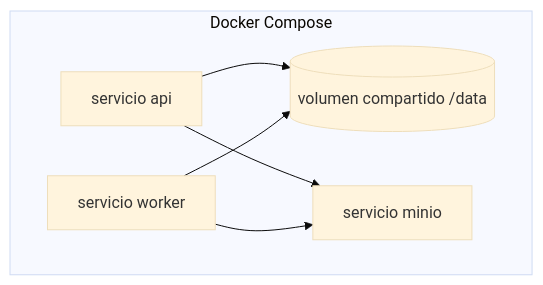
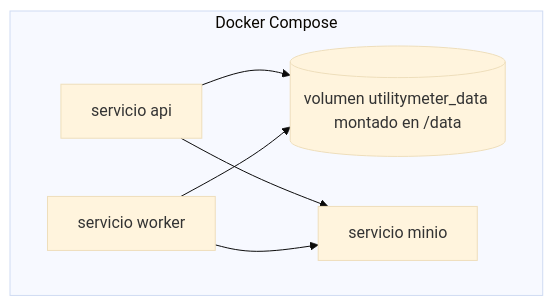
The fifth of 5 diagrams in docs/es/architecture.md (cbinput/UtilityMeter), drawn with Mermaid (base theme) before and after one commit. The commit also changed other lines of this file and 1 other file, not shown here.

Commit message:
docs: align local deployment diagrams

````diff
--- a/docs/es/architecture.md
+++ b/docs/es/architecture.md
@@ -136,14 +136,14 @@
 ```mermaid
 flowchart TB
     subgraph DockerCompose[Docker Compose]
         API[servicio api]
         Worker[servicio worker]
         MinIO[servicio minio]
-        Volume[(volumen compartido /data)]
+        Volume[(volumen utilitymeter_data montado en /data)]
     end
 
     API --> Volume
     Worker --> Volume
     API --> MinIO
     Worker --> MinIO
 ```
````
